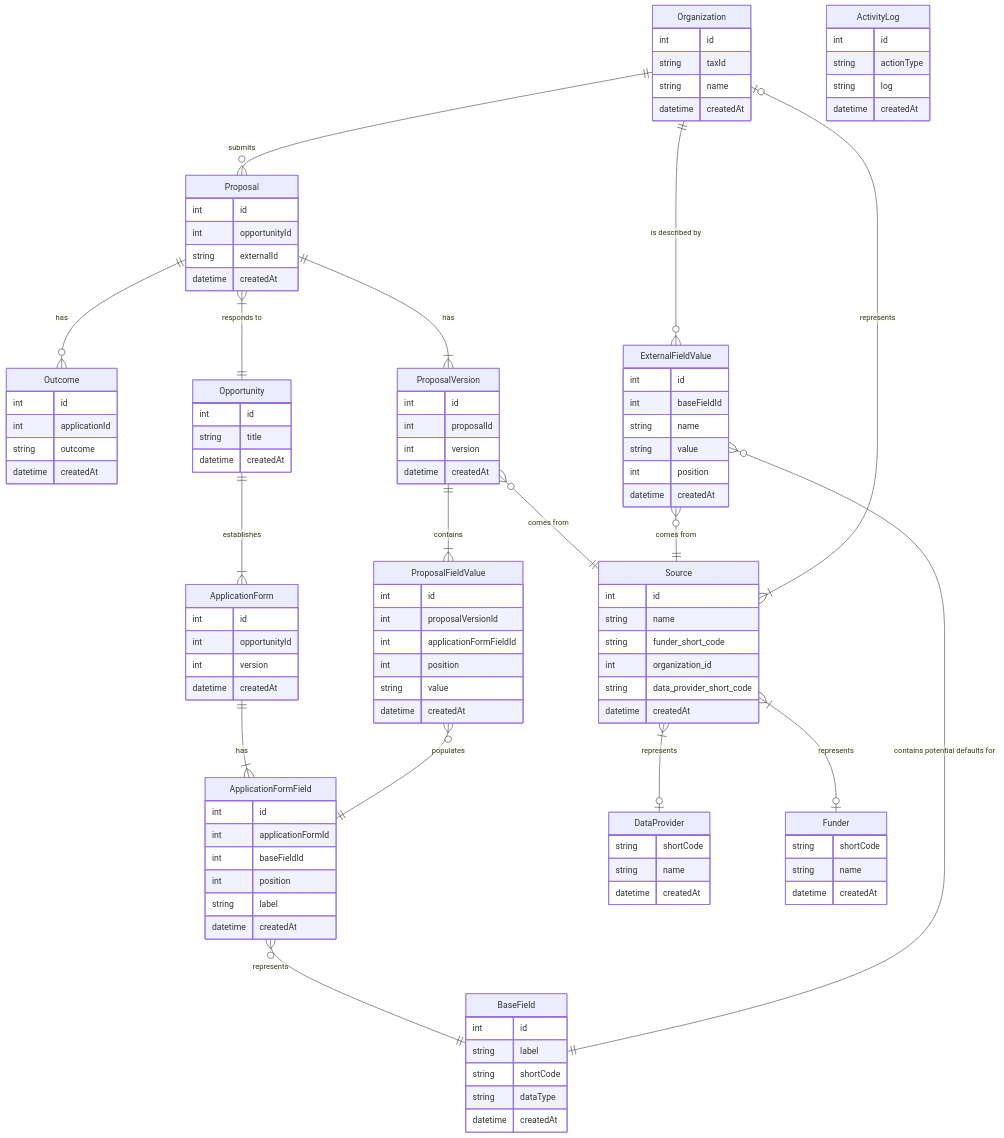
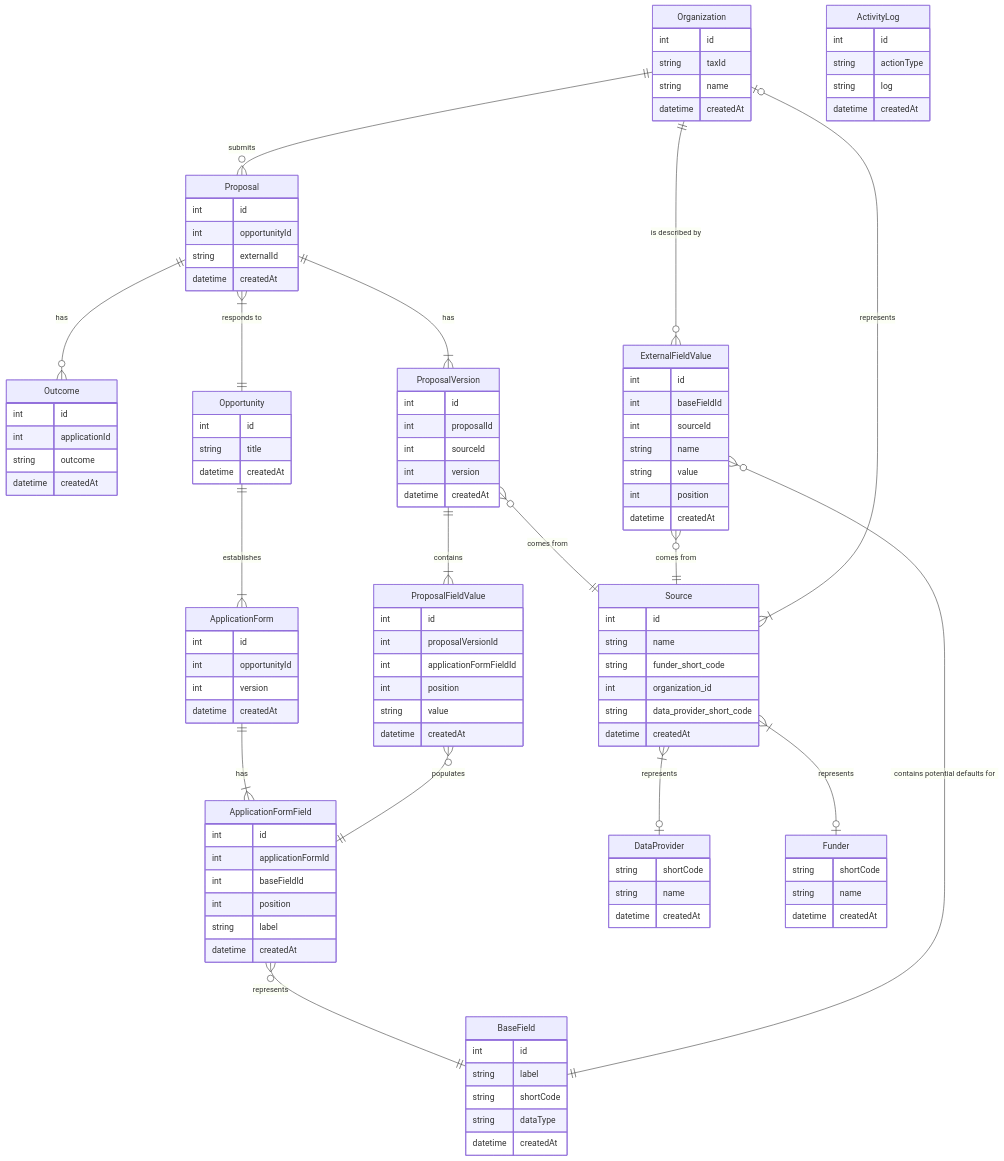
The first of 4 diagrams in docs/ENTITY_RELATIONSHIP_DIAGRAM.md (PhilanthropyDataCommons/service), drawn with Mermaid before and after one commit. The commit also changed 12 other files, not shown here.

```diff
--- a/docs/ENTITY_RELATIONSHIP_DIAGRAM.md
+++ b/docs/ENTITY_RELATIONSHIP_DIAGRAM.md
@@ -51,6 +51,7 @@
   ExternalFieldValue {
     int id
     int baseFieldId
+    int sourceId
     string name
     string value
     int position
@@ -59,6 +60,7 @@
   ProposalVersion {
     int id
     int proposalId
+    int sourceId
     int version
     datetime createdAt
   }
```
